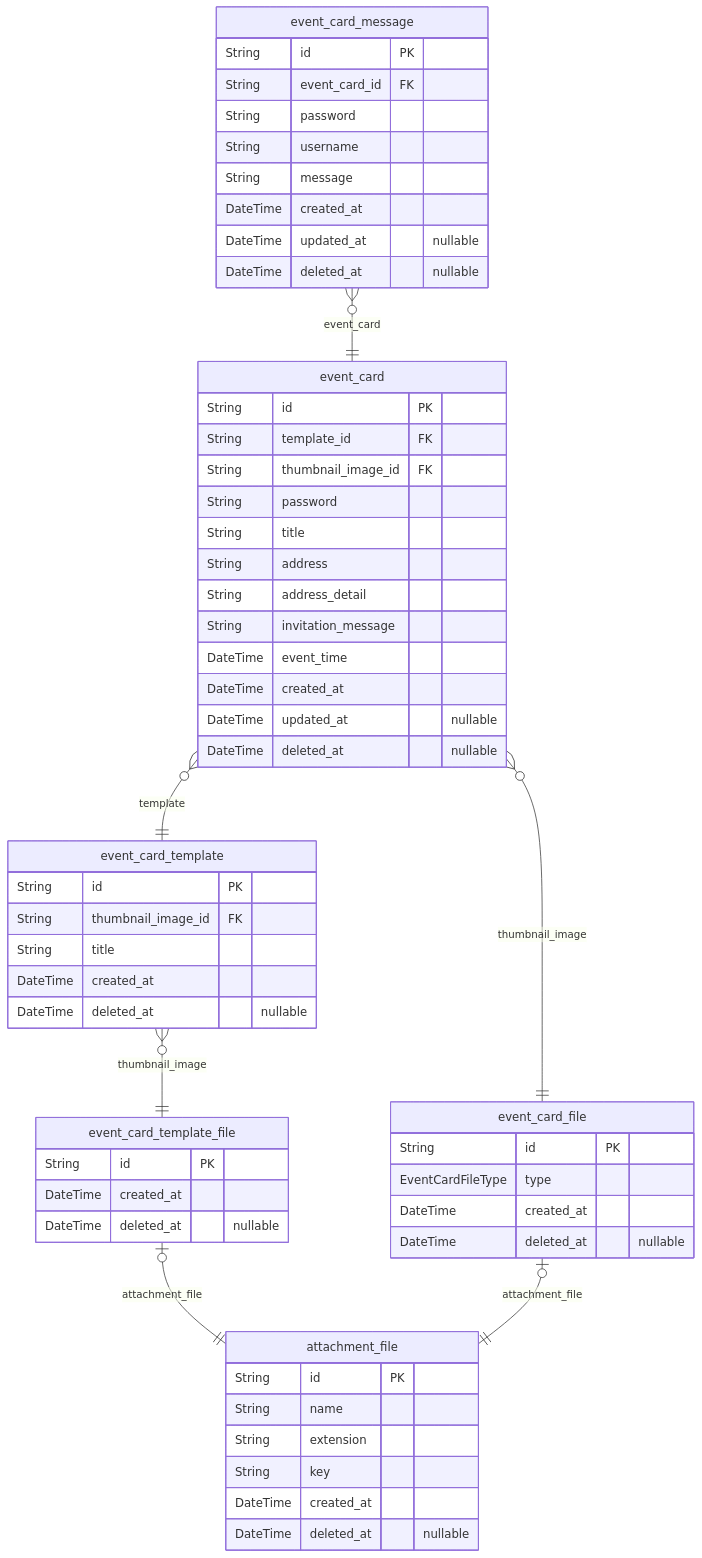
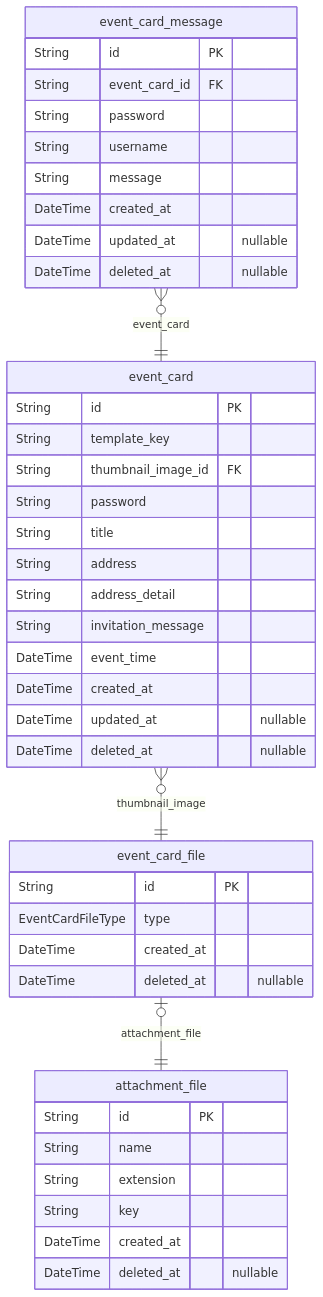
The diagram in ERD.md (ddi-ring/backend), drawn with Mermaid before and after one commit. The commit also changed other lines of this file and 25 other files, not shown here.

````diff
--- a/ERD.md
+++ b/ERD.md
@@ -9,59 +9,44 @@
 ```mermaid
 erDiagram
-"event_card_template" {
-  String id PK
-  String thumbnail_image_id FK
-  String title
-  DateTime created_at
-  DateTime deleted_at "nullable"
-}
-"event_card_template_file" {
-  String id PK
-  DateTime created_at
-  DateTime deleted_at "nullable"
-}
 "event_card" {
   String id PK
-  String template_id FK
+  String template_key
   String thumbnail_image_id FK
   String password
   String title
   String address
   String address_detail
   String invitation_message
   DateTime event_time
   DateTime created_at
   DateTime updated_at "nullable"
   DateTime deleted_at "nullable"
 }
 "event_card_file" {
   String id PK
   EventCardFileType type
   DateTime created_at
   DateTime deleted_at "nullable"
 }
 "event_card_message" {
   String id PK
   String event_card_id FK
   String password
   String username
   String message
   DateTime created_at
   DateTime updated_at "nullable"
   DateTime deleted_at "nullable"
 }
 "attachment_file" {
   String id PK
   String name
   String extension
   String key
   DateTime created_at
   DateTime deleted_at "nullable"
 }
-"event_card_template" }o--|| "event_card_template_file" : thumbnail_image
-"event_card_template_file" |o--|| "attachment_file" : attachment_file
-"event_card" }o--|| "event_card_template" : template
 "event_card" }o--|| "event_card_file" : thumbnail_image
 "event_card_file" |o--|| "attachment_file" : attachment_file
 "event_card_message" }o--|| "event_card" : event_card
 ```
````
